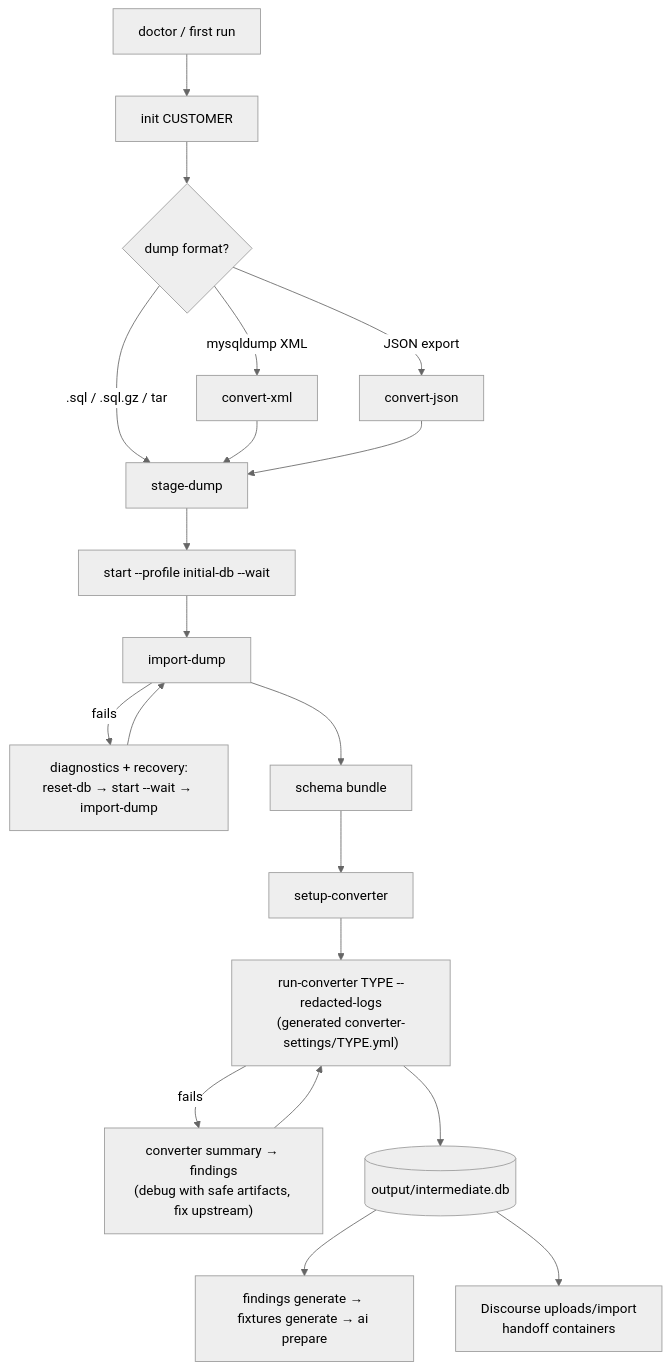
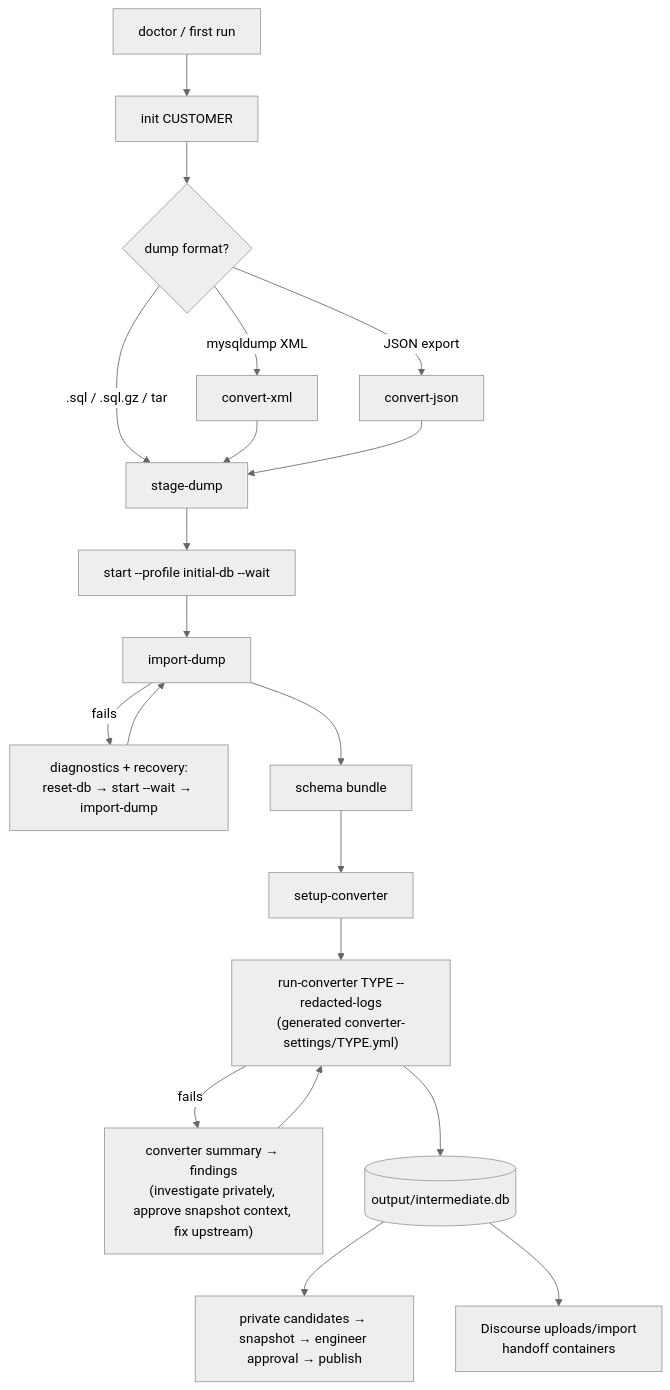
The second of 3 diagrams in docs/migration-engineer-guide.md (RubenOussoren/silo-migrate), drawn with Mermaid (neutral theme) before and after one commit. The commit also changed other lines of this file and 19 other files, not shown here.

Commit message:
Gate artifact publication on exact-byte engineer approval

````diff
--- a/docs/migration-engineer-guide.md
+++ b/docs/migration-engineer-guide.md
@@ -220,18 +230,18 @@
 ```mermaid
 flowchart TD
     A[doctor / first run] --> B[init CUSTOMER]
     B --> C{dump format?}
     C -- ".sql / .sql.gz / tar" --> D[stage-dump]
     C -- "mysqldump XML" --> E[convert-xml] --> D
     C -- "JSON export" --> E2[convert-json] --> D
     D --> F["start --profile initial-db --wait"]
     F --> G[import-dump]
     G -- "fails" --> R["diagnostics + recovery:<br/>reset-db → start --wait → import-dump"] --> G
     G --> H[schema bundle]
     H --> I[setup-converter]
     I --> J["run-converter TYPE --redacted-logs<br/>(generated converter-settings/TYPE.yml)"]
-    J -- "fails" --> J2["converter summary → findings<br/>(debug with safe artifacts, fix upstream)"] --> J
+    J -- "fails" --> J2["converter summary → findings<br/>(investigate privately, approve snapshot context, fix upstream)"] --> J
     J --> K[("output/intermediate.db")]
-    K --> L[findings generate → fixtures generate → ai prepare]
+    K --> L[private candidates → snapshot → engineer approval → publish]
     K --> M["Discourse uploads/import<br/>handoff containers"]
 ```
````
